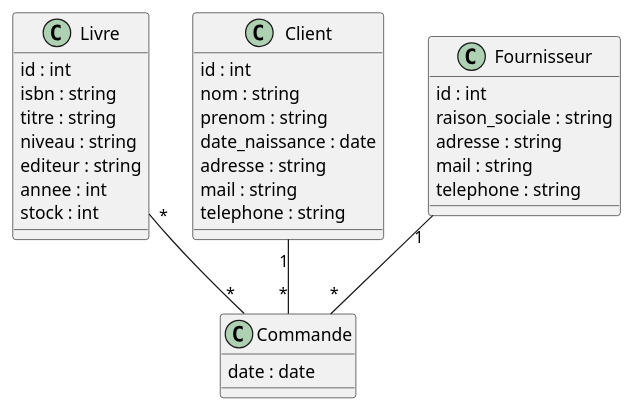
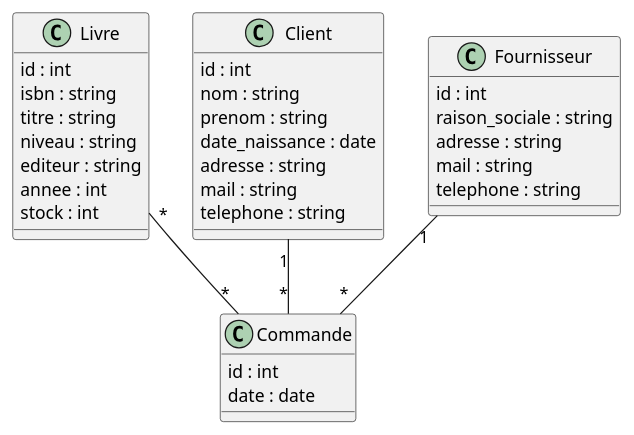
The diagram in ScanItUML/scanit_database.puml (bthouverez/ScanIt), drawn with PlantUML before and after one commit. The commit also changed 34 other files, not shown here.

```diff
--- a/ScanItUML/scanit_database.puml
+++ b/ScanItUML/scanit_database.puml
@@ -1,40 +1,41 @@
 @startuml
 
 class Livre {
     id : int
     isbn : string
     titre : string
     niveau : string
     editeur : string
     annee : int
     stock : int
 }
 
 class Client {
     id : int
     nom : string
     prenom : string
     date_naissance : date
     adresse : string
     mail : string
     telephone : string
 }
 
 class Fournisseur {
     id : int
     raison_sociale : string
     adresse : string
     mail : string
     telephone : string
 }
 
 class Commande {
+    id : int
     date : date
 }
 
 Livre "*" -- "*" Commande
 Client "1" -- "*" Commande
 Fournisseur "1" -- "*" Commande
 
 
 @enduml
```
